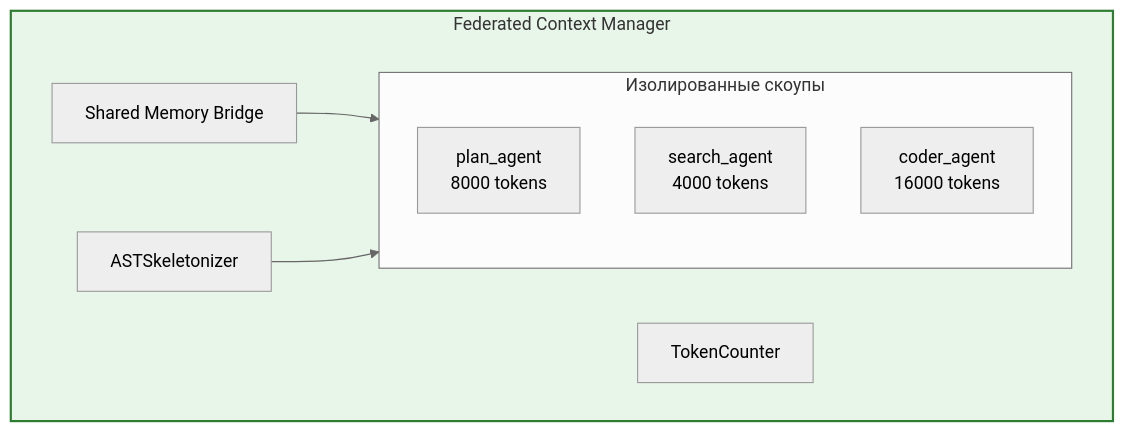
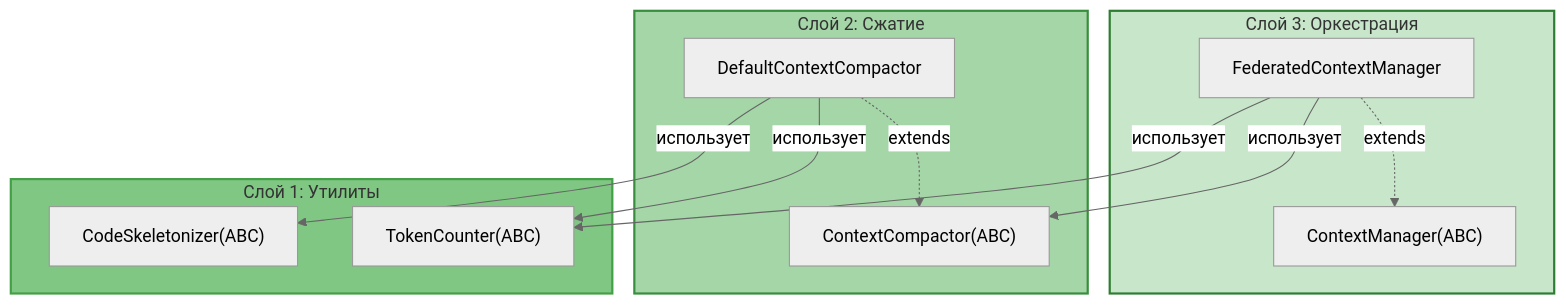
One commit to pese-git/codelab-agent changed the diagram in doc/internals/architecture/fcm/README.md. Above: the diagram before and after it, drawn with Mermaid (neutral theme). The commit also changed other lines of this file and 3 other files, not shown here.

First line of the commit message:
docs(fcm): обновить документацию — слоистая архитектура + ABC

````diff
--- a/doc/internals/architecture/fcm/README.md
+++ b/doc/internals/architecture/fcm/README.md
@@ -55,20 +20,28 @@
 ```mermaid
 graph TB
-    subgraph FCM["Federated Context Manager"]
-        Bridge["Shared Memory Bridge"]
-        
-        subgraph Scopes["Изолированные скоупы"]
-            ScopePlan["plan_agent<br/>8000 tokens"]
-            ScopeSearch["search_agent<br/>4000 tokens"]
-            ScopeCoder["coder_agent<br/>16000 tokens"]
-        end
-        
-        Skeletonizer["ASTSkeletonizer"]
-        TokenCounter["TokenCounter"]
+    subgraph Layer3["Слой 3: Оркестрация"]
+        CM["ContextManager(ABC)"]
+        FCM["FederatedContextManager"]
     end
     
-    Bridge --> Scopes
-    Skeletonizer --> Scopes
+    subgraph Layer2["Слой 2: Сжатие"]
+        CC["ContextCompactor(ABC)"]
+        DCC["DefaultContextCompactor"]
+    end
     
-    style FCM fill:#e8f5e9,stroke:#2e7d32,stroke-width:2px
+    subgraph Layer1["Слой 1: Утилиты"]
+        TC["TokenCounter(ABC)"]
+        SK["CodeSkeletonizer(ABC)"]
+    end
+    
+    FCM -.->|"extends"| CM
+    DCC -.->|"extends"| CC
+    FCM -->|"использует"| CC
+    FCM -->|"использует"| TC
+    DCC -->|"использует"| TC
+    DCC -->|"использует"| SK
+    
+    style Layer3 fill:#c8e6c9,stroke:#2e7d32,stroke-width:2px
+    style Layer2 fill:#a5d6a7,stroke:#388e3c,stroke-width:2px
+    style Layer1 fill:#81c784,stroke:#43a047,stroke-width:2px
 ```
````
